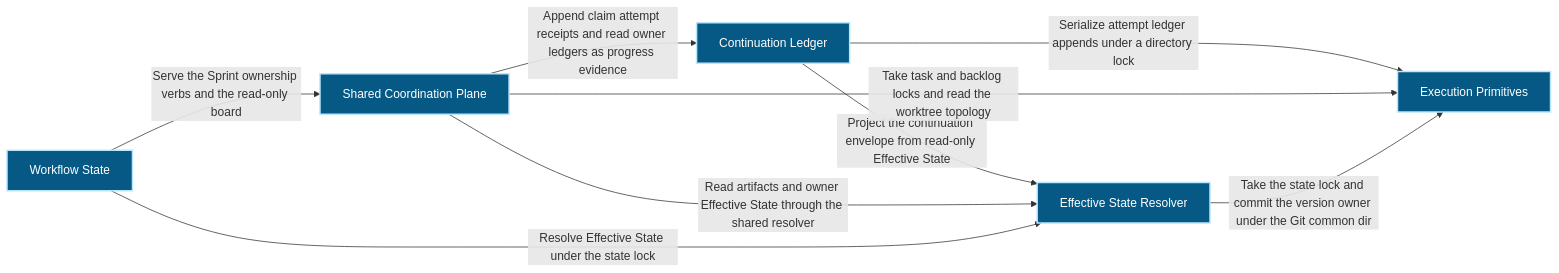
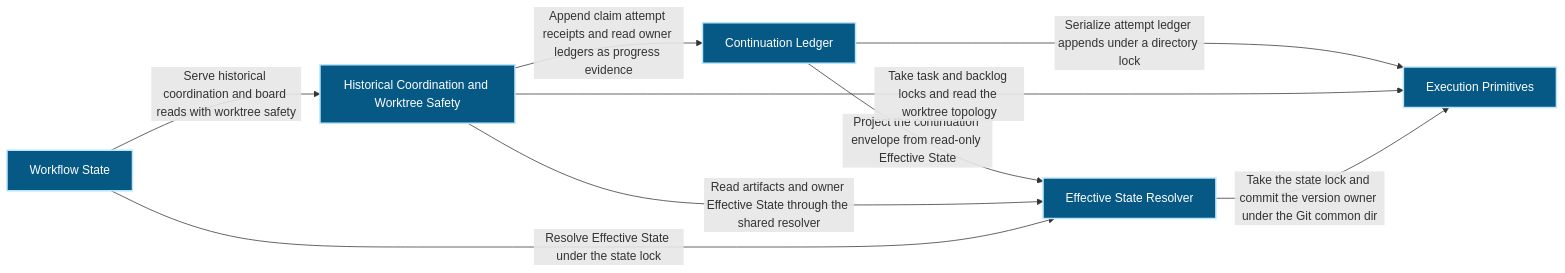
The first of 3 diagrams in docs/architecture/modules/workflow-engine/workflow-state.md (Ancienttwo/repo-harness), drawn with Mermaid before and after one commit. The commit also changed other lines of this file and 31 other files, not shown here.

Commit message:
docs(architecture): retire task lifecycle ownership from the model

````diff
--- a/docs/architecture/modules/workflow-engine/workflow-state.md
+++ b/docs/architecture/modules/workflow-engine/workflow-state.md
@@ -16,20 +16,20 @@
 ```mermaid
 flowchart LR
   p1_capability_workflow_engine_execution_primitives_b3033934["Execution Primitives"]:::component
   p1_capability_workflow_engine_workflow_state_c0df5f05["Workflow State"]:::component
   p1_component_workflow_state_continuation_ledger_379dbd7c["Continuation Ledger"]:::component
-  p1_component_workflow_state_coordination_plane_01b22a1b["Shared Coordination Plane"]:::component
+  p1_component_workflow_state_coordination_plane_01b22a1b["Historical Coordination and Worktree Safety"]:::component
   p1_component_workflow_state_primary_d0fb4045["Effective State Resolver"]:::component
   p1_component_workflow_state_continuation_ledger_379dbd7c -->|"Serialize attempt ledger appends under a directory lock"| p1_capability_workflow_engine_execution_primitives_b3033934
   p1_component_workflow_state_continuation_ledger_379dbd7c -->|"Project the continuation envelope from read-only Effective State"| p1_component_workflow_state_primary_d0fb4045
-  p1_capability_workflow_engine_workflow_state_c0df5f05 -->|"Serve the Sprint ownership verbs and the read-only board"| p1_component_workflow_state_coordination_plane_01b22a1b
+  p1_capability_workflow_engine_workflow_state_c0df5f05 -->|"Serve historical coordination and board reads with worktree safety"| p1_component_workflow_state_coordination_plane_01b22a1b
   p1_component_workflow_state_coordination_plane_01b22a1b -->|"Append claim attempt receipts and read owner ledgers as progress evidence"| p1_component_workflow_state_continuation_ledger_379dbd7c
   p1_component_workflow_state_coordination_plane_01b22a1b -->|"Take task and backlog locks and read the worktree topology"| p1_capability_workflow_engine_execution_primitives_b3033934
   p1_component_workflow_state_coordination_plane_01b22a1b -->|"Read artifacts and owner Effective State through the shared resolver"| p1_component_workflow_state_primary_d0fb4045
   p1_capability_workflow_engine_workflow_state_c0df5f05 -->|"Resolve Effective State under the state lock"| p1_component_workflow_state_primary_d0fb4045
   p1_component_workflow_state_primary_d0fb4045 -->|"Take the state lock and commit the version owner under the Git common dir"| p1_capability_workflow_engine_execution_primitives_b3033934
   classDef actor fill:#111827,color:#ffffff,stroke:#f9fafb,stroke-width:2px
   classDef component fill:#075985,color:#ffffff,stroke:#bae6fd,stroke-width:2px
   classDef datastore fill:#3f6212,color:#ffffff,stroke:#d9f99d,stroke-width:2px
   classDef external fill:#7c2d12,color:#ffffff,stroke:#fed7aa,stroke-width:2px
 ```
````
